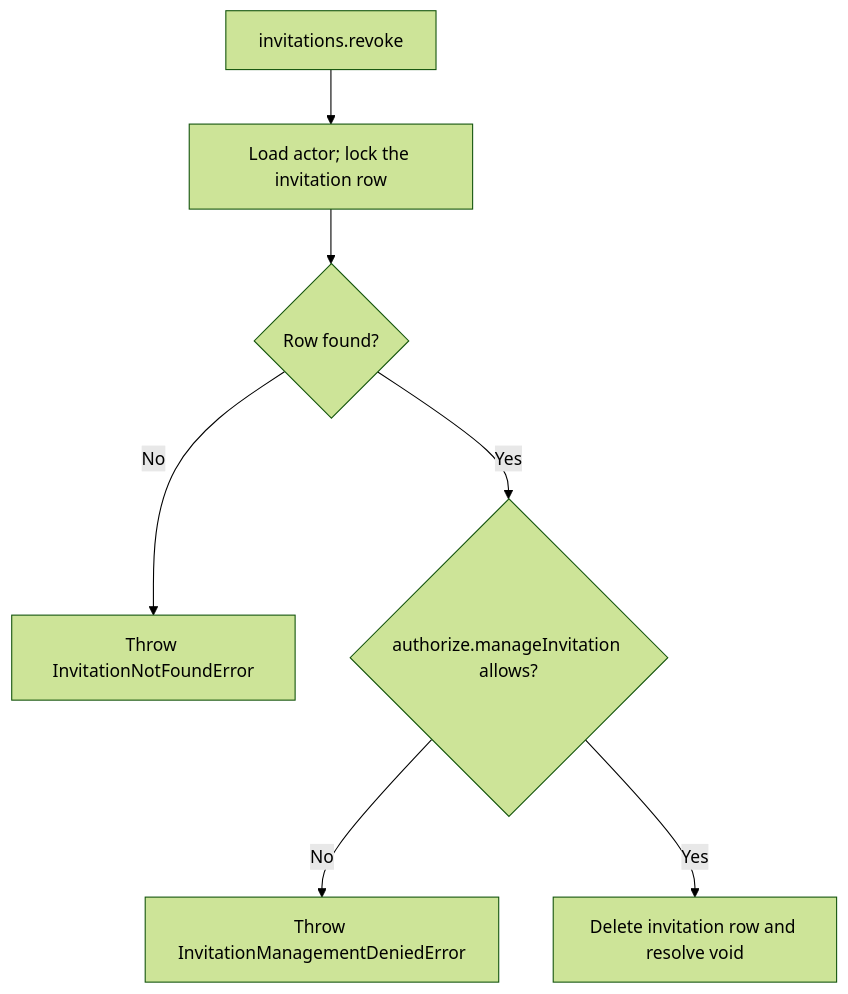
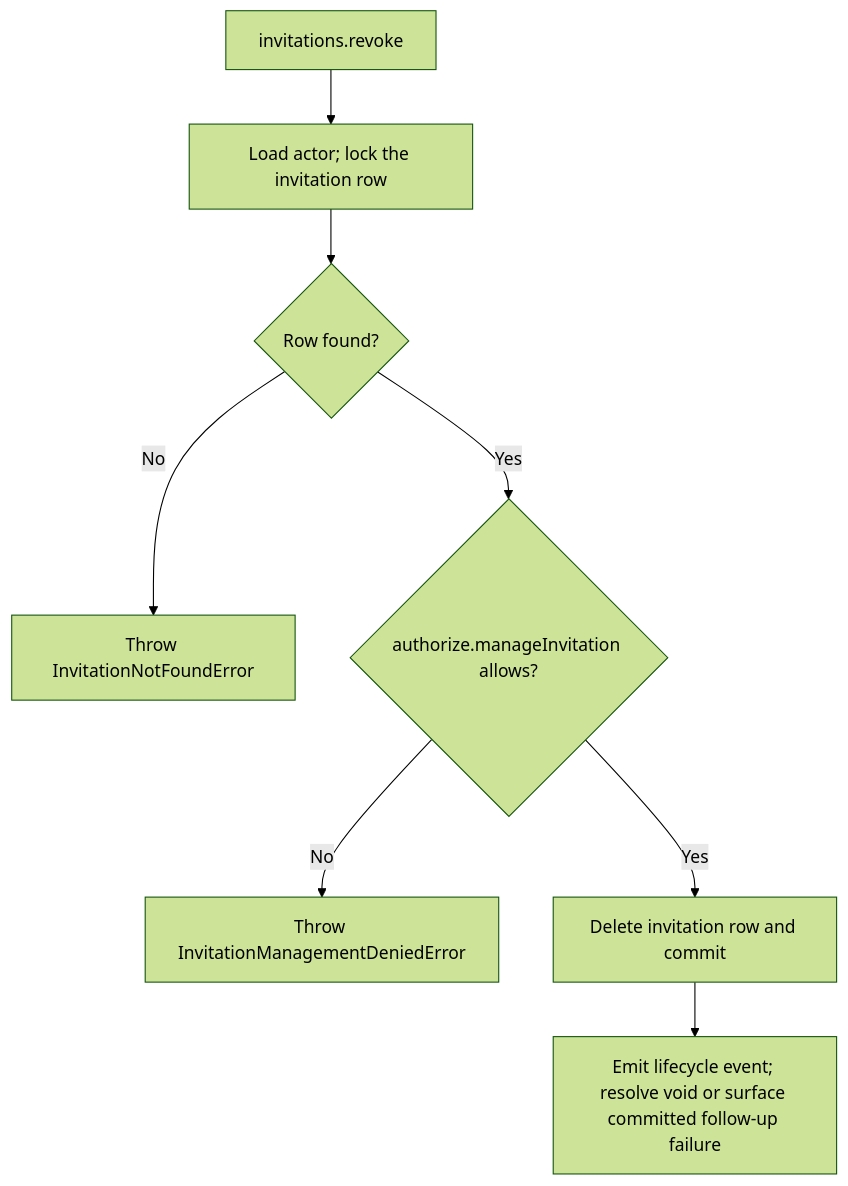
One commit to Kevinjohn/oss-adonisjs-account-kit changed the second of 2 diagrams in user-stories/US-ACCOUNT-12-revoke-invitation.md. Above: the diagram before and after it, drawn with Mermaid (forest theme). The commit also changed 43 other files, not shown here.

````diff
--- a/user-stories/US-ACCOUNT-12-revoke-invitation.md
+++ b/user-stories/US-ACCOUNT-12-revoke-invitation.md
@@ -30,9 +30,10 @@
 ```mermaid
 flowchart TD
  A["invitations.revoke"] --> B["Load actor; lock the invitation row"]
  B --> C{"Row found?"}
  C -->|No| D["Throw InvitationNotFoundError"]
  C -->|Yes| M{"authorize.manageInvitation allows?"}
  M -->|No| N["Throw InvitationManagementDeniedError"]
- M -->|Yes| E["Delete invitation row and resolve void"]
+ M -->|Yes| E["Delete invitation row and commit"]
+ E --> F["Emit lifecycle event; resolve void or surface committed follow-up failure"]
 ```
````
